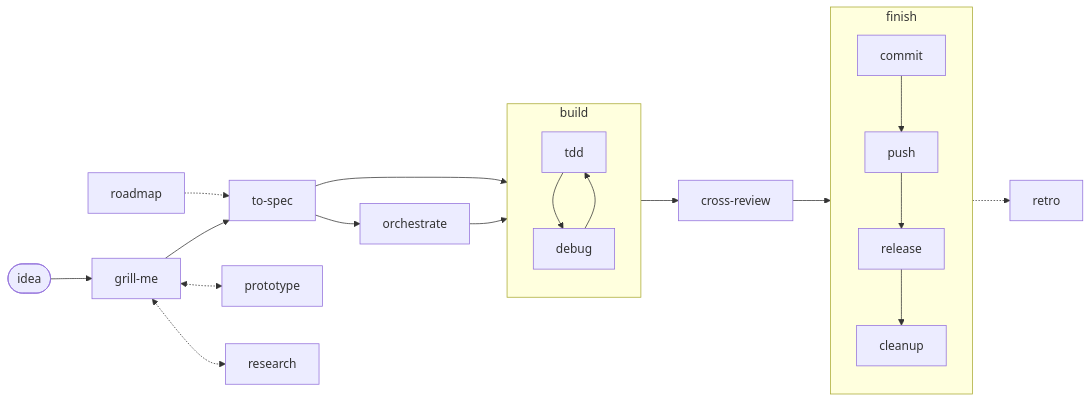
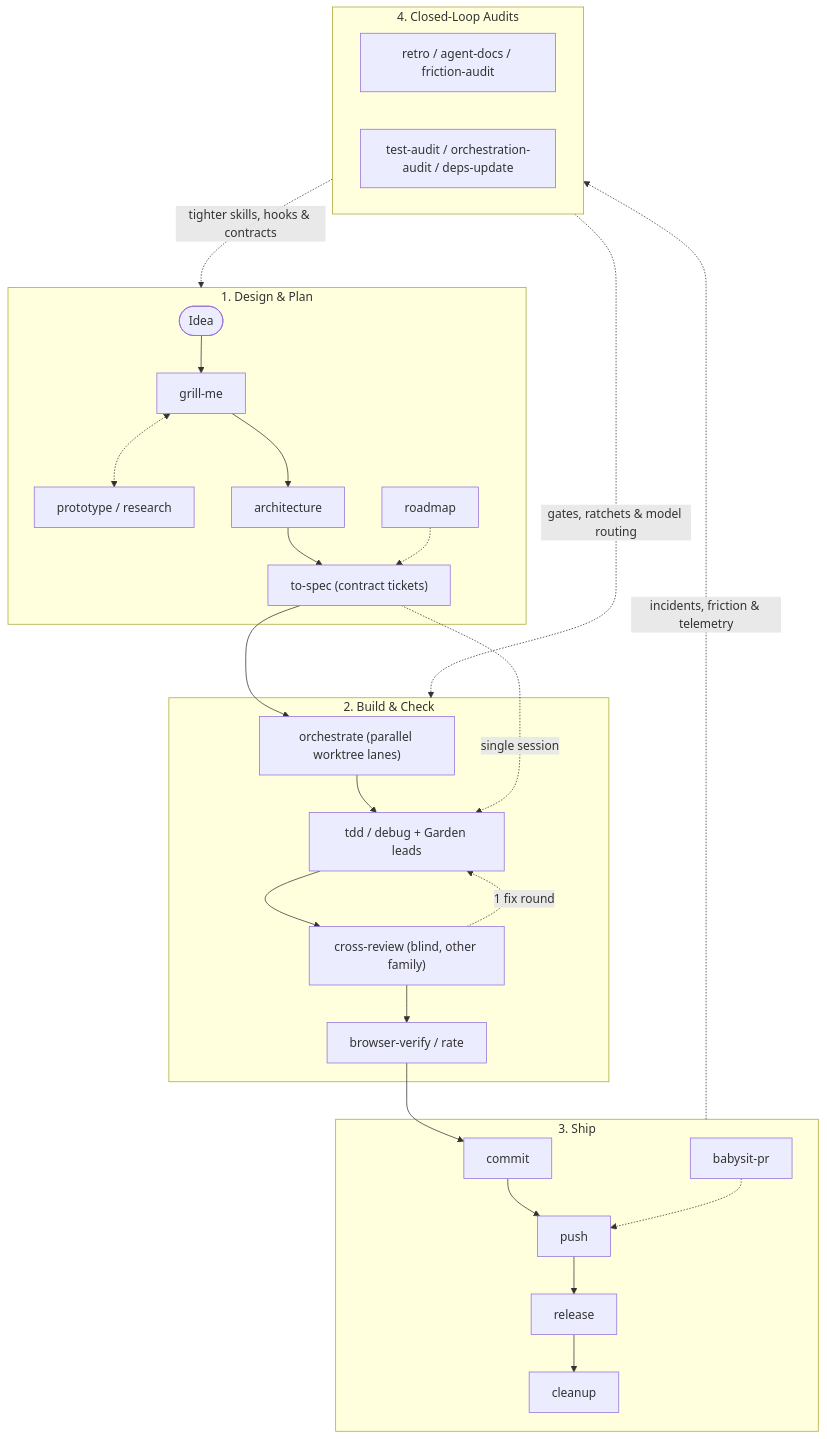
One commit to maxvyshniakov/mastack changed the diagram in README.md. Above: the diagram before and after it, drawn with Mermaid. The commit also changed other lines of this file and 41 other files, not shown here.

First line of the commit message:
refactor(skills,readme): consolidate ownership, adopt single-checkout invariant, overhaul README

````diff
--- a/README.md
+++ b/README.md
@@ -39,21 +82,34 @@
 ```mermaid
-flowchart LR
-  idea([idea]) --> grill[grill-me]
-  grill --> spec[to-spec]
-  roadmap -.-> spec
-  grill <-.-> prototype
-  grill <-.-> research
-  spec --> orchestrate
-  subgraph build [build]
-    tdd --> debug
-    debug --> tdd
+flowchart TD
+  subgraph design ["1. Design & Plan"]
+    idea(["Idea"]) --> grill["grill-me"]
+    grill <-.-> proto["prototype / research"]
+    grill --> arch["architecture"]
+    arch --> spec["to-spec (contract tickets)"]
+    roadmap["roadmap"] -.-> spec
   end
-  orchestrate --> build
-  spec --> build
-  build --> review[cross-review]
-  review --> finish
-  subgraph finish [finish]
-    commit --> push --> release --> cleanup
+
+  subgraph build ["2. Build & Check"]
+    orch["orchestrate (parallel worktree lanes)"] --> loop["tdd / debug + Garden leads"]
+    loop --> review["cross-review (blind, other family)"]
+    review -.->|"1 fix round"| loop
+    review --> verify["browser-verify / rate"]
   end
-  finish -.-> retro
+
+  subgraph ship ["3. Ship"]
+    commit["commit"] --> push["push"] --> release["release"] --> cleanup["cleanup"]
+    pr["babysit-pr"] -.-> push
+  end
+
+  subgraph audit ["4. Closed-Loop Audits"]
+    env_audit["retro / agent-docs / friction-audit"]
+    eng_audit["test-audit / orchestration-audit / deps-update"]
+  end
+
+  spec --> orch
+  spec -.->|"single session"| loop
+  verify --> commit
+  ship -.->|"incidents, friction & telemetry"| audit
+  audit -.->|"tighter skills, hooks & contracts"| design
+  audit -.->|"gates, ratchets & model routing"| build
 ```
````
